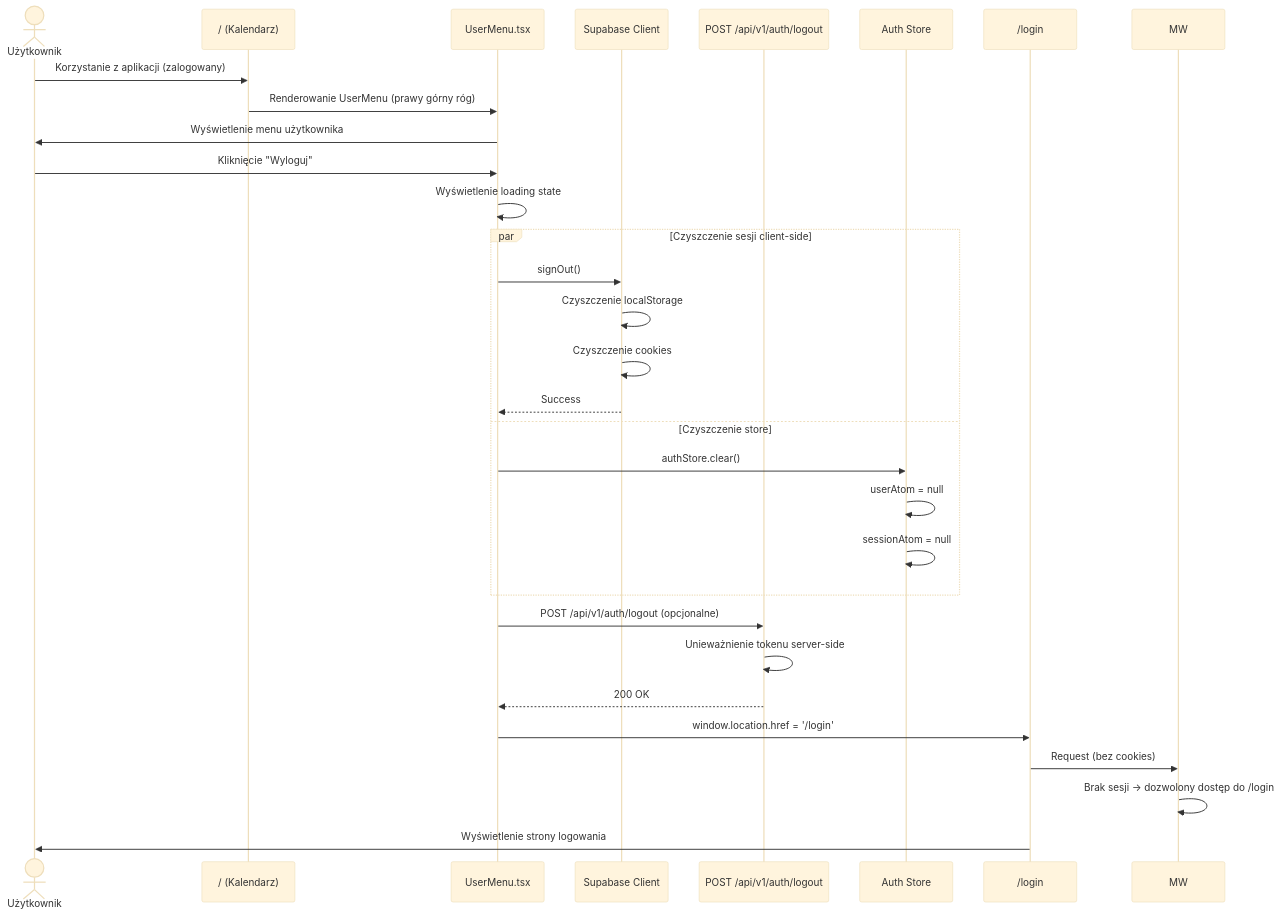
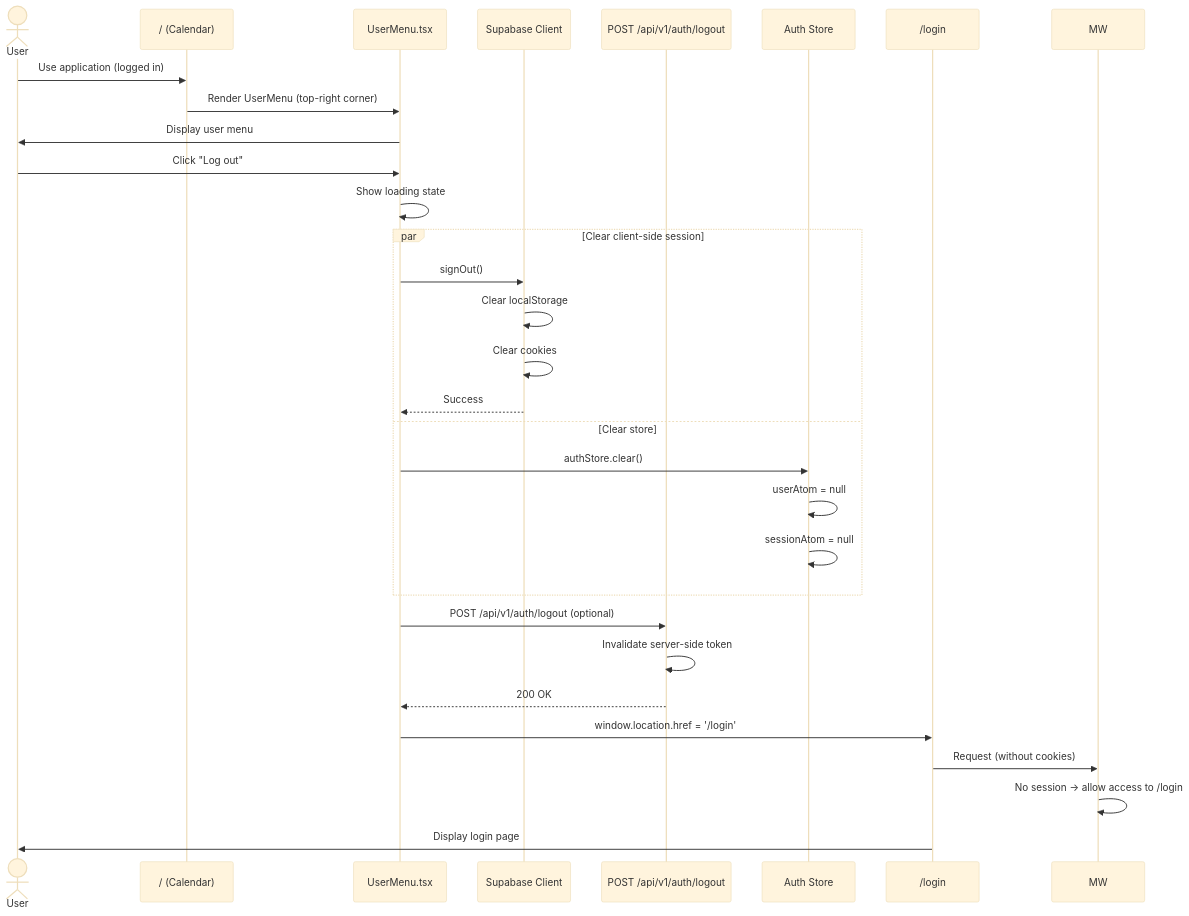
One commit to Filipsky5/traning-planner changed the sixth of 10 diagrams in .ai/auth-journey-diagram.md. Above: the diagram before and after it, drawn with Mermaid (base theme). The commit also changed other lines of this file and 31 other files, not shown here.

````diff
--- a/.ai/auth-journey-diagram.md
+++ b/.ai/auth-journey-diagram.md
@@ -303,37 +303,37 @@
 ```mermaid
 sequenceDiagram
-    actor U as Użytkownik
-    participant CAL as / (Kalendarz)
+    actor U as User
+    participant CAL as / (Calendar)
     participant UM as UserMenu.tsx
     participant SB as Supabase Client
     participant API as POST /api/v1/auth/logout
     participant Store as Auth Store
     participant LP as /login
 
-    U->>CAL: Korzystanie z aplikacji (zalogowany)
-    CAL->>UM: Renderowanie UserMenu (prawy górny róg)
-    UM->>U: Wyświetlenie menu użytkownika
+    U->>CAL: Use application (logged in)
+    CAL->>UM: Render UserMenu (top-right corner)
+    UM->>U: Display user menu
 
-    U->>UM: Kliknięcie "Wyloguj"
-    UM->>UM: Wyświetlenie loading state
+    U->>UM: Click "Log out"
+    UM->>UM: Show loading state
 
-    par Czyszczenie sesji client-side
+    par Clear client-side session
         UM->>SB: signOut()
-        SB->>SB: Czyszczenie localStorage
-        SB->>SB: Czyszczenie cookies
+        SB->>SB: Clear localStorage
+        SB->>SB: Clear cookies
         SB-->>UM: Success
-    and Czyszczenie store
+    and Clear store
         UM->>Store: authStore.clear()
         Store->>Store: userAtom = null
         Store->>Store: sessionAtom = null
     end
 
-    UM->>API: POST /api/v1/auth/logout (opcjonalne)
-    API->>API: Unieważnienie tokenu server-side
+    UM->>API: POST /api/v1/auth/logout (optional)
+    API->>API: Invalidate server-side token
     API-->>UM: 200 OK
 
     UM->>LP: window.location.href = '/login'
-    LP->>MW: Request (bez cookies)
-    MW->>MW: Brak sesji → dozwolony dostęp do /login
-    LP->>U: Wyświetlenie strony logowania
+    LP->>MW: Request (without cookies)
+    MW->>MW: No session → allow access to /login
+    LP->>U: Display login page
 ```
````
